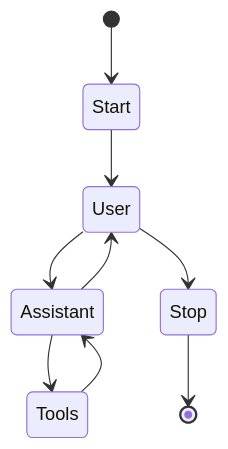
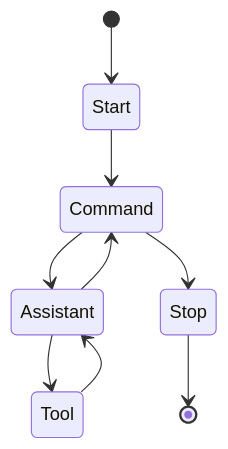
One commit to elct9620/autoflux changed the diagram in README.md. Above: the diagram before and after it, drawn with Mermaid.

````diff
--- a/README.md
+++ b/README.md
@@ -27,11 +27,11 @@
 ```mermaid
 stateDiagram-v2
     [*] --> Start
-    Start --> User
-    User --> Assistant
-    Assistant --> User
-    Assistant --> Tools
-    Tools --> Assistant
-    User --> Stop
+    Start --> Command
+    Command --> Assistant
+    Assistant --> Command
+    Assistant --> Tool
+    Tool --> Assistant
+    Command --> Stop
     Stop --> [*]
 ```
````
